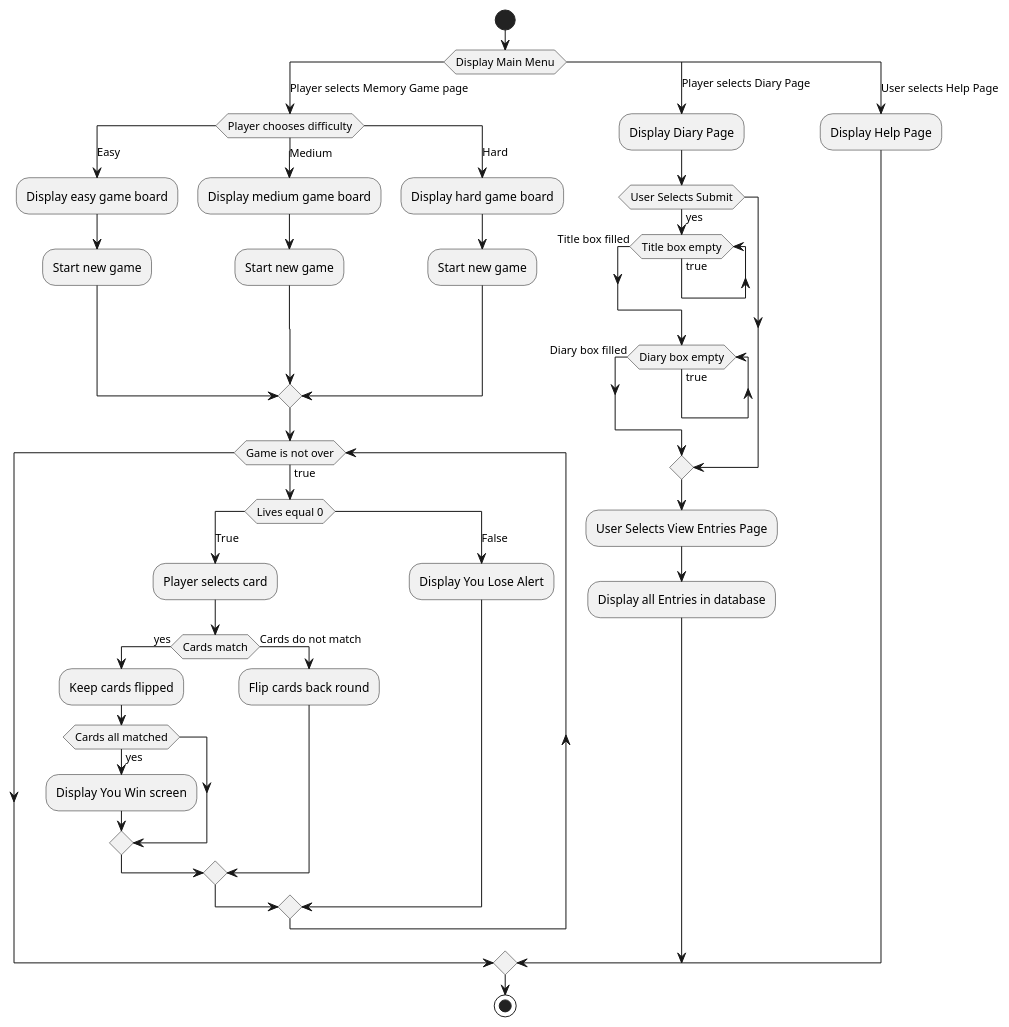
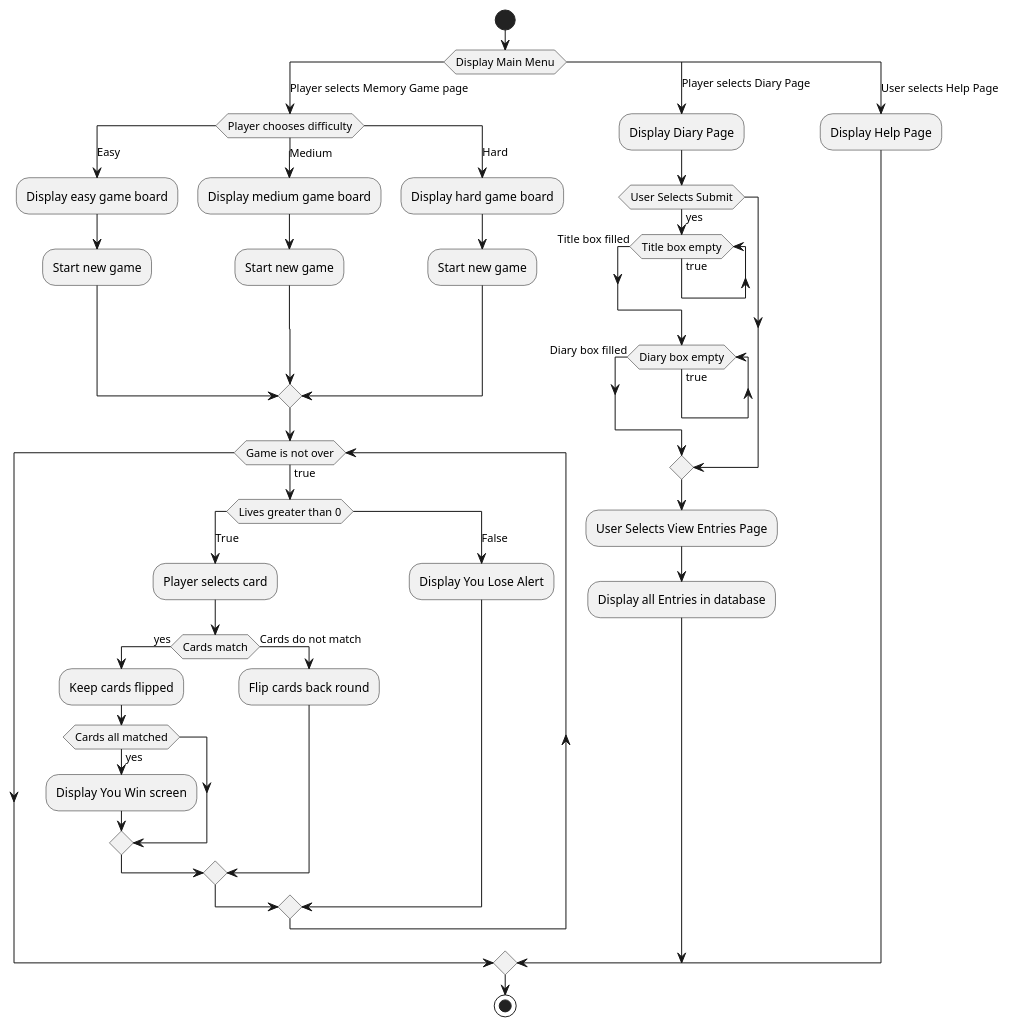
Before and after one commit to GeorgeWFunnell/Final-Year-Project: the diagram in Diagrams/Activity-Diagram.puml, drawn with PlantUML. The commit also changed 1 other file, not shown here.

```diff
--- a/Diagrams/Activity-Diagram.puml
+++ b/Diagrams/Activity-Diagram.puml
@@ -1,48 +1,48 @@
 @startuml Activity Diagram
 start
 
 switch (Display Main Menu)
    case (Player selects Memory Game page)
       switch (Player chooses difficulty)
          case (Easy)
             :Display easy game board;
             :Start new game;
          case (Medium)
             :Display medium game board;
             :Start new game;
          case (Hard)
             :Display hard game board;
             :Start new game;
       endswitch   
       while (Game is not over) is (true)
-         switch (Lives equal 0)
+         switch (Lives greater than 0)
             case (True)
                :Player selects card;
                if (Cards match) then (yes)
                   :Keep cards flipped;
                   if (Cards all matched) then (yes)
                      :Display You Win screen;
                   endif
                else (Cards do not match)
                   :Flip cards back round;
                endif
             case (False)
                :Display You Lose Alert;
       endswitch
       endwhile
       
    case (Player selects Diary Page)
       :Display Diary Page;
       if (User Selects Submit) then (yes)
          while (Title box empty) is (true)
          endwhile (Title box filled)
          while (Diary box empty) is (true)
          endwhile (Diary box filled)
       endif
       :User Selects View Entries Page;
       :Display all Entries in database;
    case (User selects Help Page)
       :Display Help Page;
    endswitch
 stop
 @enduml
```
